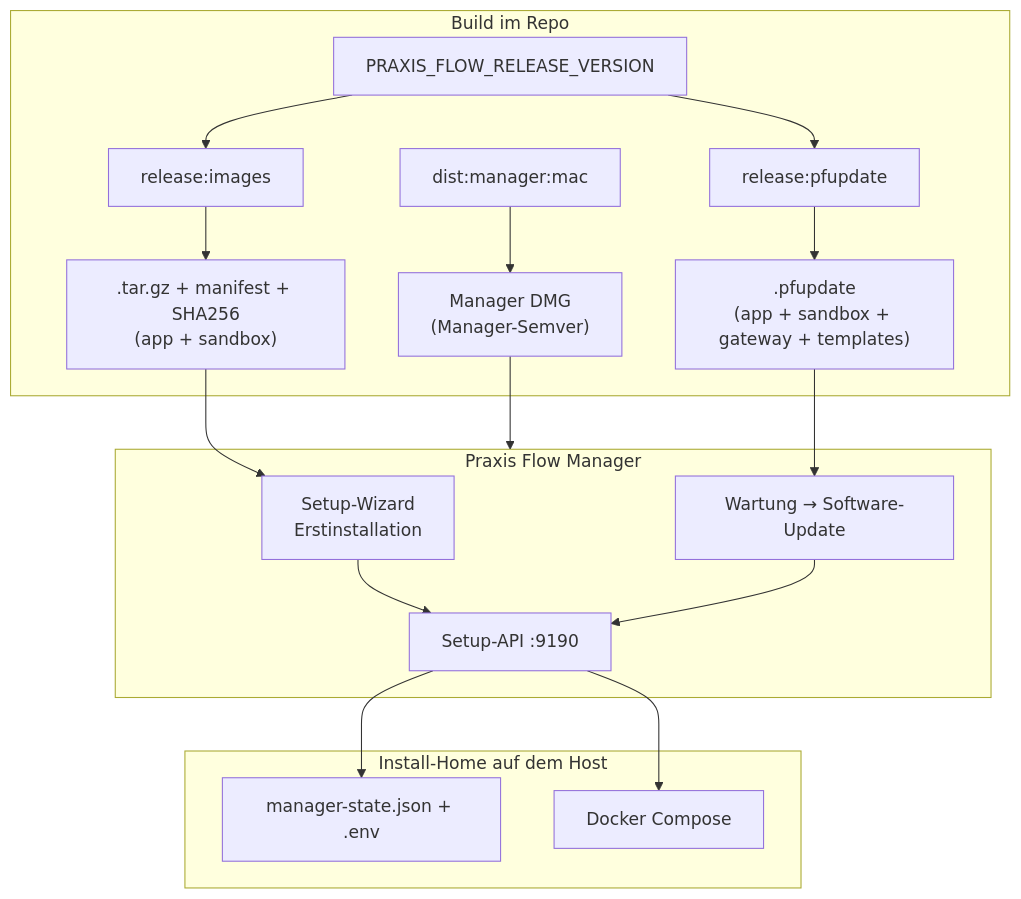
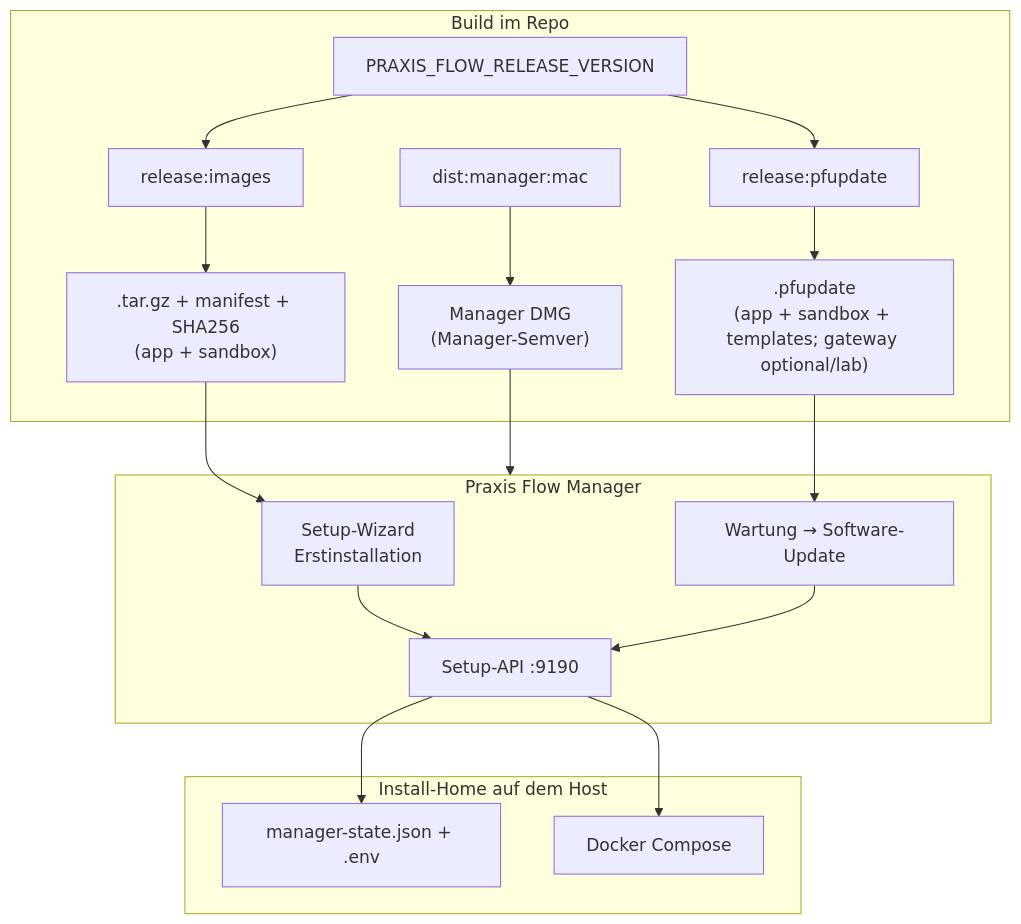
The diagram in docs/delivery.md (nox-do/wartezimmer), drawn with Mermaid before and after one commit. The commit also changed other lines of this file and 65 other files, not shown here.

````diff
--- a/docs/delivery.md
+++ b/docs/delivery.md
@@ -13,33 +13,33 @@
 ```mermaid
 flowchart TB
   subgraph build [Build im Repo]
     RV["PRAXIS_FLOW_RELEASE_VERSION"]
     RI["release:images"]
     RP["release:pfupdate"]
     DM["dist:manager:mac"]
     RV --> RI
     RV --> RP
     RI --> TAR[".tar.gz + manifest + SHA256<br/>(app + sandbox)"]
-    RP --> PFU[".pfupdate<br/>(app + sandbox + gateway + templates)"]
+    RP --> PFU[".pfupdate<br/>(app + sandbox + templates; gateway optional/lab)"]
     DM --> DMG["Manager DMG<br/>(Manager-Semver)"]
   end
 
   subgraph manager [Praxis Flow Manager]
     WIZ["Setup-Wizard<br/>Erstinstallation"]
     MAINT["Wartung → Software-Update"]
     API["Setup-API :9190"]
     WIZ --> API
     MAINT --> API
   end
 
   subgraph host [Install-Home auf dem Host]
     STATE["manager-state.json + .env"]
     DOCKER["Docker Compose"]
   end
 
   TAR --> WIZ
   PFU --> MAINT
   DMG --> manager
   API --> STATE
   API --> DOCKER
 ```
````
